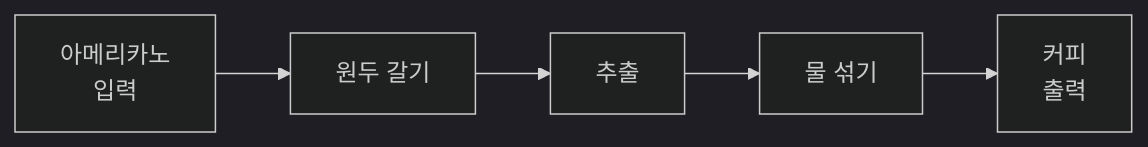
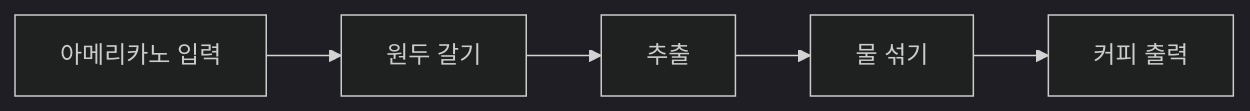
One commit to Kanghyeop/pages-book-agent101 changed the second of 4 diagrams in 03-agent/32-system.md. Above: the diagram before and after it, drawn with Mermaid (dark theme). The commit also changed other lines of this file and 48 other files, not shown here.

First line of the commit message:
fix: Mermaid 렌더링 + SVG 경로 수정

````diff
--- a/03-agent/32-system.md
+++ b/03-agent/32-system.md
@@ -27,4 +27,4 @@
 ```mermaid
 flowchart LR
-    A["아메리카노"<br/>입력] --> B[원두 갈기] --> C[추출] --> D[물 섞기] --> E[커피<br/>출력]
+    A["아메리카노" 입력] --> B[원두 갈기] --> C[추출] --> D[물 섞기] --> E[커피 출력]
 ```
````
